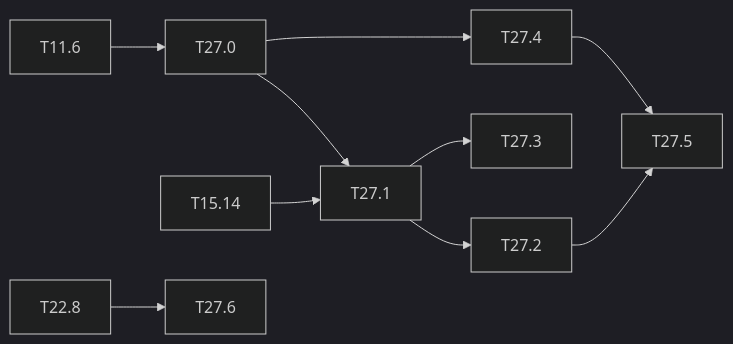
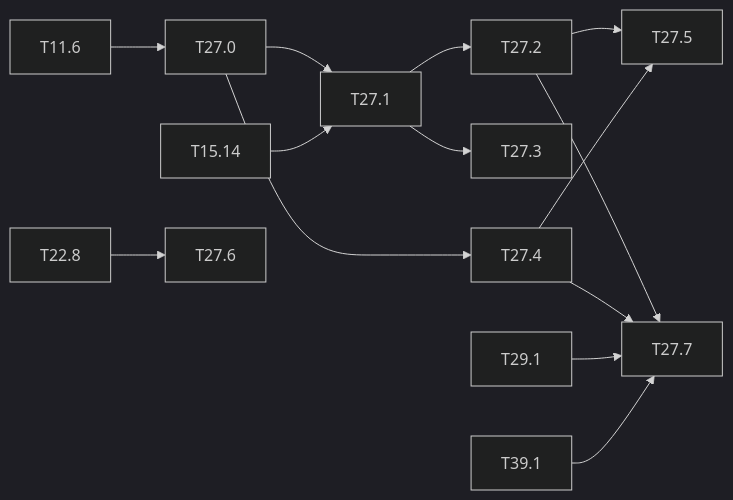
The diagram in docs/tasks/M27-safety-metrics.md (lrivals/EmbeddedComputervision), drawn with Mermaid (dark theme) before and after one commit. The commit also changed other lines of this file and 15 other files, not shown here.

````diff
--- a/docs/tasks/M27-safety-metrics.md
+++ b/docs/tasks/M27-safety-metrics.md
@@ -107,8 +123,12 @@
 ```mermaid
 graph LR
   T116[T11.6] --> T270[T27.0] --> T271[T27.1] --> T272[T27.2] --> T275[T27.5]
   T1514[T15.14] --> T271
   T271 --> T273[T27.3]
   T270 --> T274[T27.4] --> T275
   T228[T22.8] --> T276[T27.6]
+  T272 --> T277[T27.7]
+  T274 --> T277
+  T291[T29.1] --> T277
+  T391[T39.1] --> T277
 ```
````
